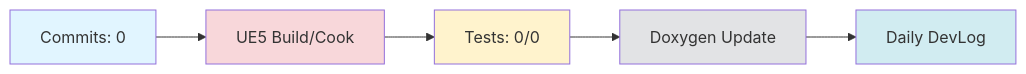
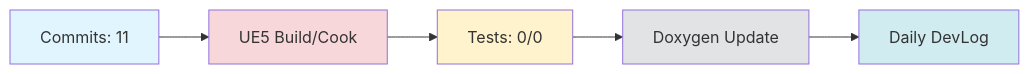
One commit to doppleddiggong/Onepiece changed the diagram in Documents/DevLog/Daily/2025-11-14.md. Above: the diagram before and after it, drawn with Mermaid. The commit also changed other lines of this file and 1 other file, not shown here.

````diff
--- a/Documents/DevLog/Daily/2025-11-14.md
+++ b/Documents/DevLog/Daily/2025-11-14.md
@@ -101,13 +107,13 @@
 ```mermaid
 flowchart LR
-  Dev[Commits: 0] --> Build[UE5 Build/Cook]
+  Dev[Commits: 11] --> Build[UE5 Build/Cook]
   Build --> Test[Tests: 0/0]
   Test --> Doc[Doxygen Update]
   Doc --> Daily[Daily DevLog]
 
   style Dev fill:#e1f5ff
   style Build fill:#f8d7da
   style Test fill:#fff3cd
   style Doc fill:#e2e3e5
   style Daily fill:#d1ecf1
 ```
````
